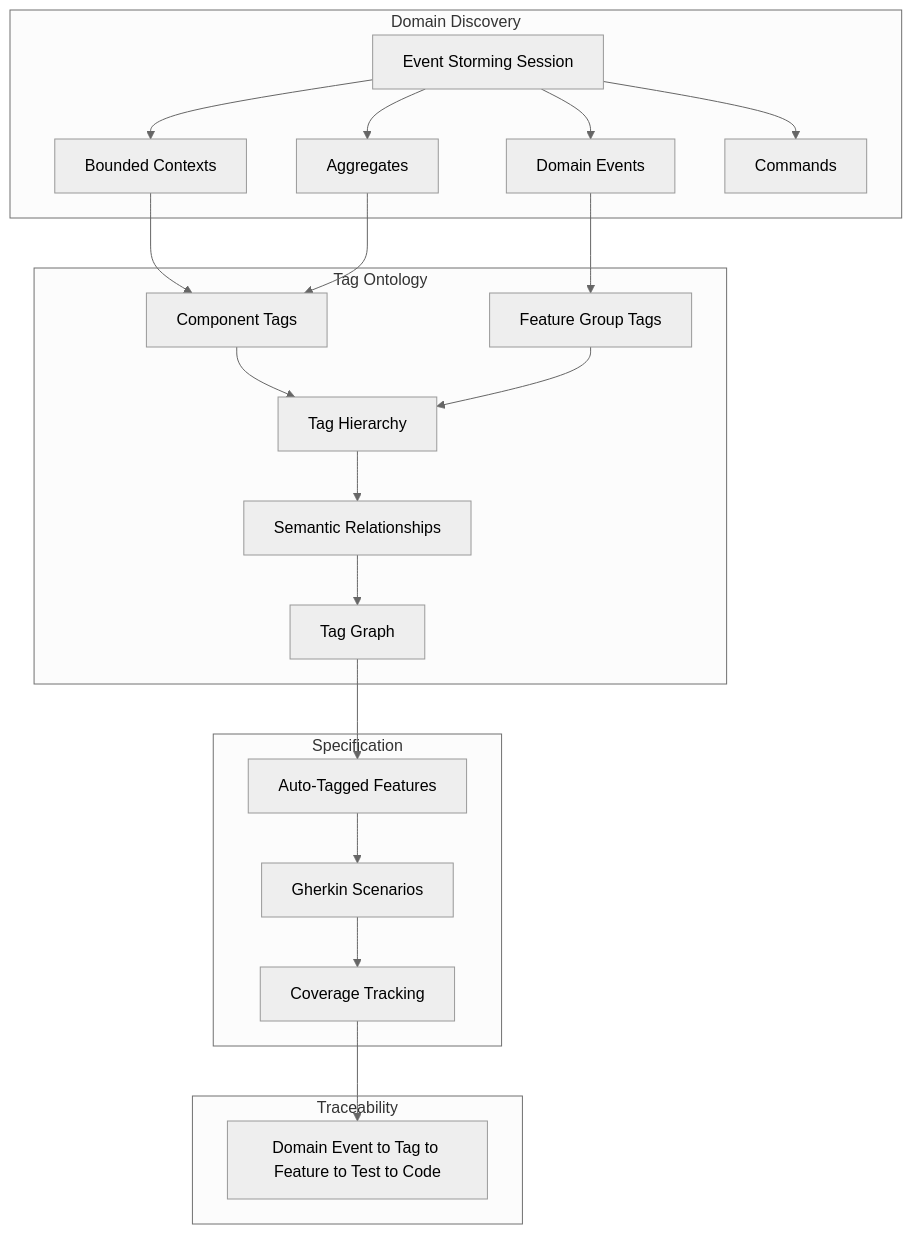
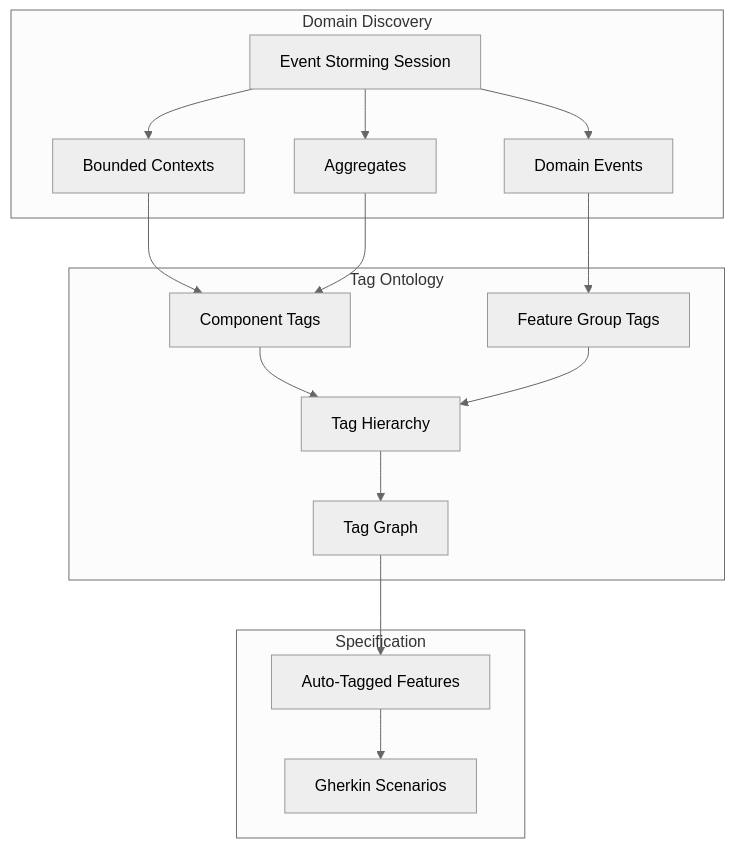
One commit to sengac/fspec changed the diagram in spec/attachments/EXMAP-004/implementation-gap-analysis.md. Above: the diagram before and after it, drawn with Mermaid (neutral theme). The commit also changed other lines of this file and 2 other files, not shown here.

````diff
--- a/spec/attachments/EXMAP-004/implementation-gap-analysis.md
+++ b/spec/attachments/EXMAP-004/implementation-gap-analysis.md
@@ -794,30 +464,23 @@
 ```mermaid
 flowchart TB
     subgraph Discovery[Domain Discovery]
         ES[Event Storming Session]
         ES --> BC[Bounded Contexts]
         ES --> AGG[Aggregates]
         ES --> EVT[Domain Events]
-        ES --> CMD[Commands]
     end
 
     subgraph Ontology[Tag Ontology]
         BC --> CompTags[Component Tags]
         AGG --> CompTags
         EVT --> FGTags[Feature Group Tags]
         CompTags --> Hierarchy[Tag Hierarchy]
         FGTags --> Hierarchy
-        Hierarchy --> Semantic[Semantic Relationships]
-        Semantic --> Graph[Tag Graph]
+        Hierarchy --> Graph[Tag Graph]
     end
 
     subgraph Spec[Specification]
         Graph --> AutoTag[Auto-Tagged Features]
         AutoTag --> Scenarios[Gherkin Scenarios]
-        Scenarios --> Coverage[Coverage Tracking]
-    end
-
-    subgraph Trace[Traceability]
-        Coverage --> TraceFlow[Domain Event to Tag to Feature to Test to Code]
     end
 ```
````
